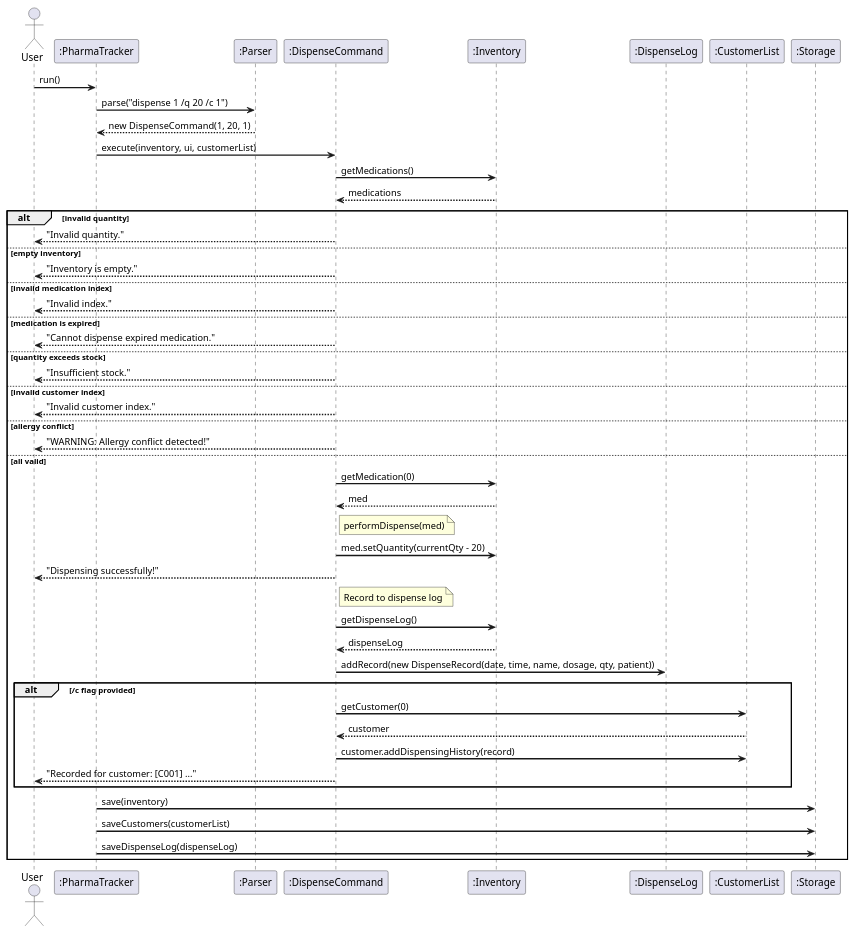
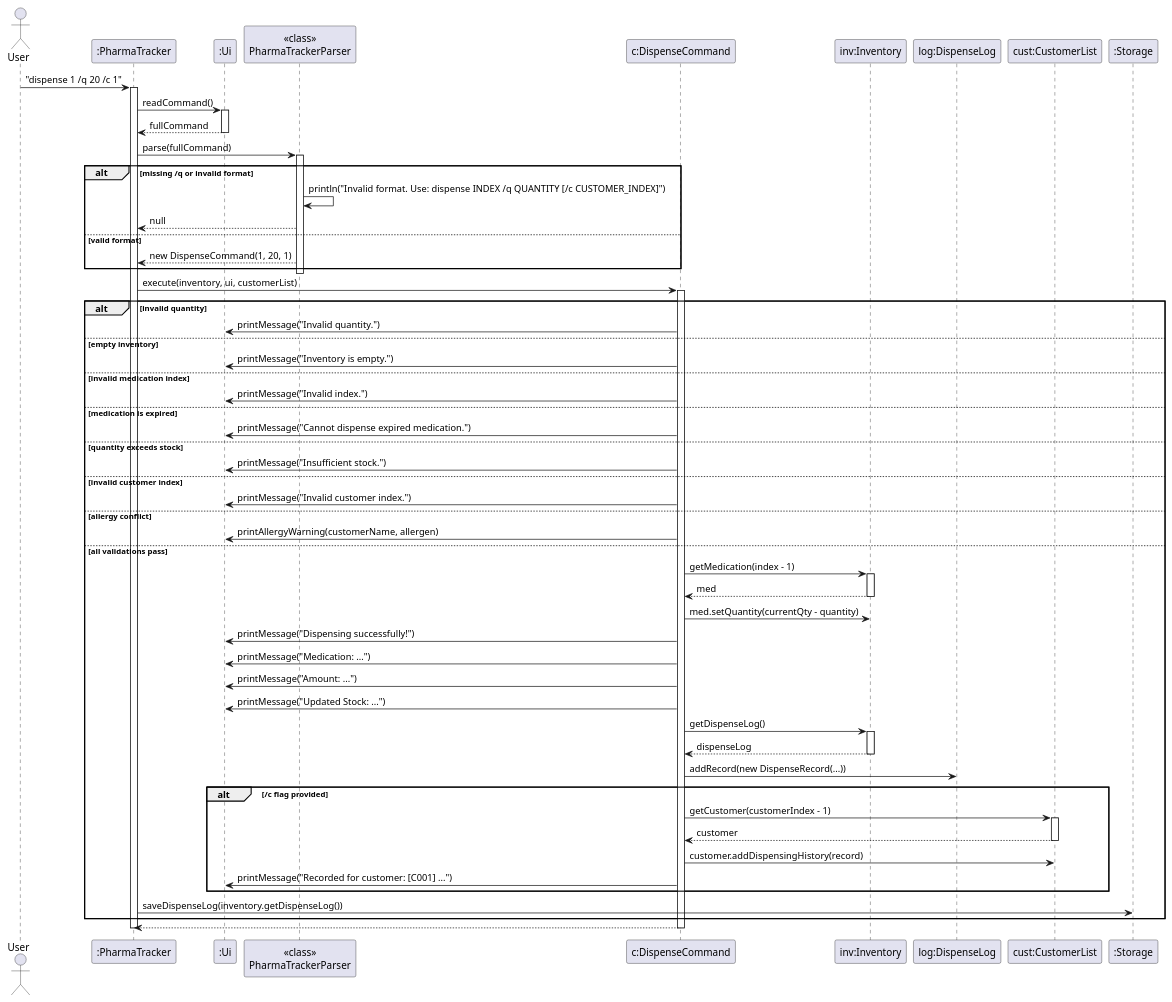
One commit to AY2526S2-CS2113-T10-3/tp changed the diagram in docs/diagrams/DispenseCommandSequence.puml. Above: the diagram before and after it, drawn with PlantUML. The commit also changed 19 other files, not shown here.

```diff
--- a/docs/diagrams/DispenseCommandSequence.puml
+++ b/docs/diagrams/DispenseCommandSequence.puml
@@ -1,58 +1,83 @@
 @startuml
-skinparam backgroundColor white
-skinparam sequenceArrowThickness 2
+skinparam ArrowFontStyle plain
 
 actor User
 participant ":PharmaTracker" as PT
-participant ":Parser" as Parser
-participant ":DispenseCommand" as Cmd
-participant ":Inventory" as Inv
-participant ":DispenseLog" as Log
-participant ":CustomerList" as CustList
+participant ":Ui" as Ui
+participant "<<class>>\nPharmaTrackerParser" as Parser
+participant "c:DispenseCommand" as Cmd
+participant "inv:Inventory" as Inv
+participant "log:DispenseLog" as Log
+participant "cust:CustomerList" as CustList
 participant ":Storage" as Storage
 
-User -> PT : run()
-PT -> Parser : parse("dispense 1 /q 20 /c 1")
-Parser --> PT : new DispenseCommand(1, 20, 1)
+User -> PT : "dispense 1 /q 20 /c 1"
+activate PT
+
+PT -> Ui : readCommand()
+activate Ui
+Ui --> PT : fullCommand
+deactivate Ui
+
+PT -> Parser : parse(fullCommand)
+activate Parser
+
+alt missing /q or invalid format
+    Parser -> Parser : println("Invalid format. Use: dispense INDEX /q QUANTITY [/c CUSTOMER_INDEX]")
+    Parser --> PT : null
+else valid format
+    Parser --> PT : new DispenseCommand(1, 20, 1)
+end
+deactivate Parser
+
 PT -> Cmd : execute(inventory, ui, customerList)
-Cmd -> Inv : getMedications()
-Inv --> Cmd : medications
+activate Cmd
 
 alt invalid quantity
-    Cmd --> User : "Invalid quantity."
+    Cmd -> Ui : printMessage("Invalid quantity.")
 else empty inventory
-    Cmd --> User : "Inventory is empty."
+    Cmd -> Ui : printMessage("Inventory is empty.")
 else invalid medication index
-    Cmd --> User : "Invalid index."
+    Cmd -> Ui : printMessage("Invalid index.")
 else medication is expired
-    Cmd --> User : "Cannot dispense expired medication."
+    Cmd -> Ui : printMessage("Cannot dispense expired medication.")
 else quantity exceeds stock
-    Cmd --> User : "Insufficient stock."
+    Cmd -> Ui : printMessage("Insufficient stock.")
 else invalid customer index
-    Cmd --> User : "Invalid customer index."
+    Cmd -> Ui : printMessage("Invalid customer index.")
 else allergy conflict
-    Cmd --> User : "WARNING: Allergy conflict detected!"
-else all valid
-    Cmd -> Inv : getMedication(0)
+    Cmd -> Ui : printAllergyWarning(customerName, allergen)
+else all validations pass
+    Cmd -> Inv : getMedication(index - 1)
+    activate Inv
     Inv --> Cmd : med
-    note right of Cmd : performDispense(med)
-    Cmd -> Inv : med.setQuantity(currentQty - 20)
-    Cmd --> User : "Dispensing successfully!"
+    deactivate Inv
 
-    note right of Cmd : Record to dispense log
+    Cmd -> Inv : med.setQuantity(currentQty - quantity)
+    Cmd -> Ui : printMessage("Dispensing successfully!")
+    Cmd -> Ui : printMessage("Medication: ...")
+    Cmd -> Ui : printMessage("Amount: ...")
+    Cmd -> Ui : printMessage("Updated Stock: ...")
+
     Cmd -> Inv : getDispenseLog()
+    activate Inv
     Inv --> Cmd : dispenseLog
-    Cmd -> Log : addRecord(new DispenseRecord(date, time, name, dosage, qty, patient))
+    deactivate Inv
+    Cmd -> Log : addRecord(new DispenseRecord(...))
 
     alt /c flag provided
-        Cmd -> CustList : getCustomer(0)
+        Cmd -> CustList : getCustomer(customerIndex - 1)
+        activate CustList
         CustList --> Cmd : customer
+        deactivate CustList
         Cmd -> CustList : customer.addDispensingHistory(record)
-        Cmd --> User : "Recorded for customer: [C001] ..."
+        Cmd -> Ui : printMessage("Recorded for customer: [C001] ...")
     end
 
-    PT -> Storage : save(inventory)
-    PT -> Storage : saveCustomers(customerList)
-    PT -> Storage : saveDispenseLog(dispenseLog)
+    PT -> Storage : saveDispenseLog(inventory.getDispenseLog())
 end
+
+Cmd --> PT
+deactivate Cmd
+deactivate PT
 @enduml
```
